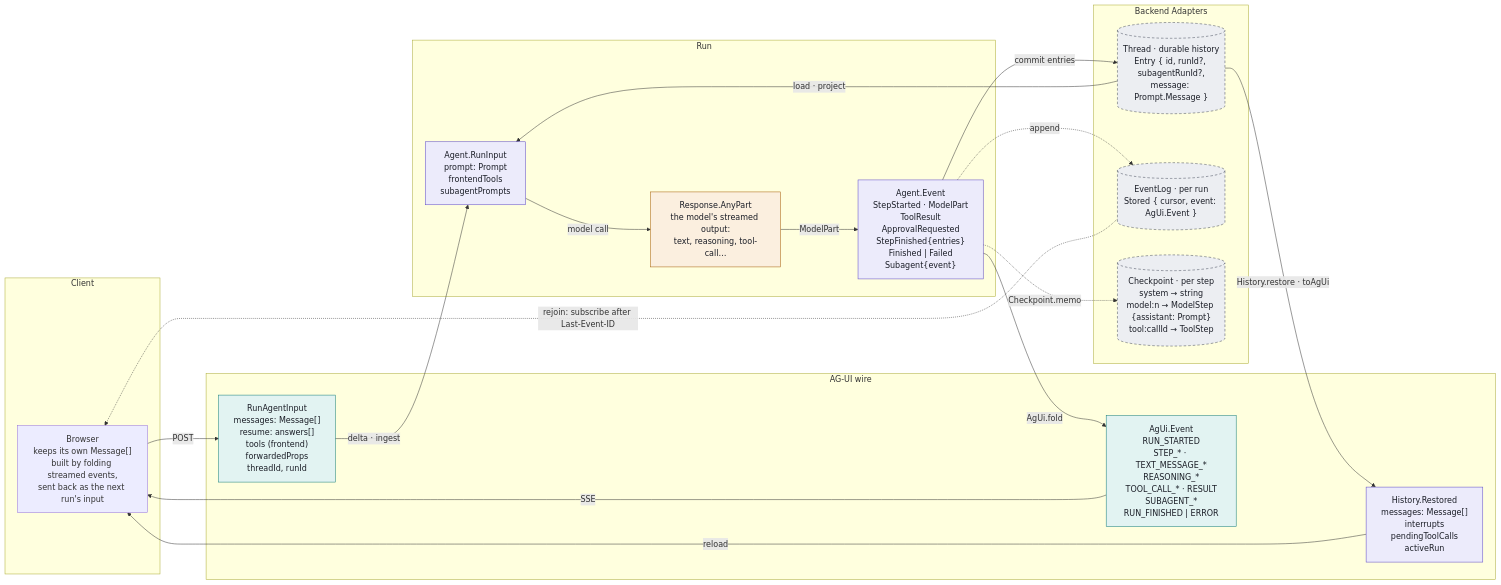
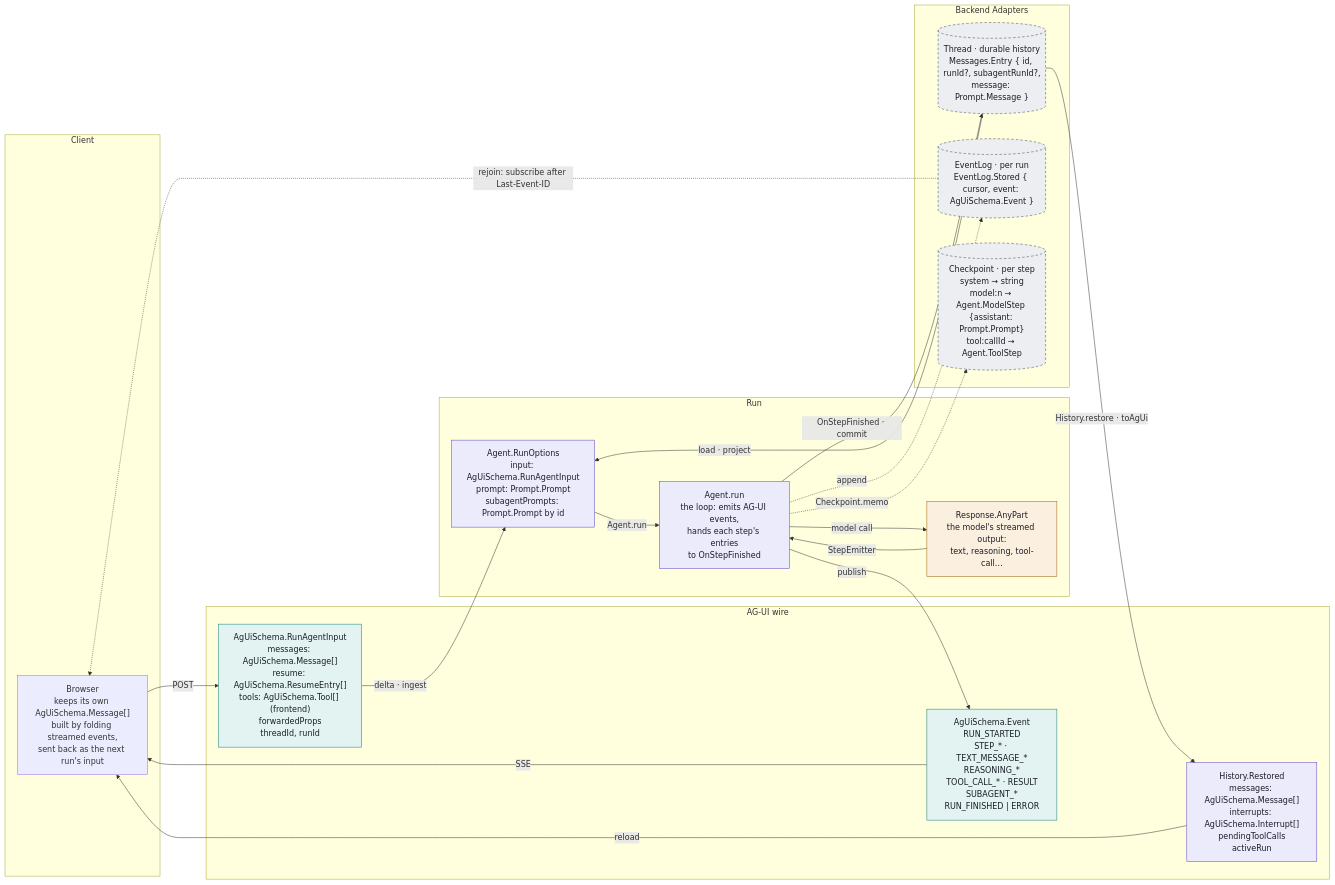
Before and after one commit to jasonblanchard/effect-agent-harness: the diagram in docs/architecture.md, drawn with Mermaid. The commit also changed other lines of this file and 68 other files, not shown here.

````diff
--- a/docs/architecture.md
+++ b/docs/architecture.md
@@ -20,44 +20,45 @@
 ```mermaid
 flowchart LR
   subgraph Client
-    B["Browser<br/>keeps its own Message[]<br/>built by folding streamed events,<br/>sent back as the next run's input"]
+    B["Browser<br/>keeps its own AgUiSchema.Message[]<br/>built by folding streamed events,<br/>sent back as the next run's input"]
   end
   subgraph Wire["AG-UI wire"]
-    RAI["RunAgentInput<br/>messages: Message[]<br/>resume: answers[]<br/>tools (frontend)<br/>forwardedProps<br/>threadId, runId"]
-    EV["AgUi.Event<br/>RUN_STARTED<br/>STEP_* · TEXT_MESSAGE_*<br/>REASONING_*<br/>TOOL_CALL_* · RESULT<br/>SUBAGENT_*<br/>RUN_FINISHED | ERROR"]
-    RES["History.Restored<br/>messages: Message[]<br/>interrupts<br/>pendingToolCalls<br/>activeRun"]
+    RAI["AgUiSchema.RunAgentInput<br/>messages: AgUiSchema.Message[]<br/>resume: AgUiSchema.ResumeEntry[]<br/>tools: AgUiSchema.Tool[] (frontend)<br/>forwardedProps<br/>threadId, runId"]
+    EV["AgUiSchema.Event<br/>RUN_STARTED<br/>STEP_* · TEXT_MESSAGE_*<br/>REASONING_*<br/>TOOL_CALL_* · RESULT<br/>SUBAGENT_*<br/>RUN_FINISHED | ERROR"]
+    RES["History.Restored<br/>messages: AgUiSchema.Message[]<br/>interrupts: AgUiSchema.Interrupt[]<br/>pendingToolCalls<br/>activeRun"]
   end
   subgraph Run
-    RI["Agent.RunInput<br/>prompt: Prompt<br/>frontendTools<br/>subagentPrompts"]
+    RI["Agent.RunOptions<br/>input: AgUiSchema.RunAgentInput<br/>prompt: Prompt.Prompt<br/>subagentPrompts: Prompt.Prompt by id"]
     RP["Response.AnyPart<br/>the model's streamed output:<br/>text, reasoning, tool-call…"]
-    AE["Agent.Event<br/>StepStarted · ModelPart<br/>ToolResult<br/>ApprovalRequested<br/>StepFinished{entries}<br/>Finished | Failed<br/>Subagent{event}"]
+    AE["Agent.run<br/>the loop: emits AG-UI events,<br/>hands each step's entries<br/>to OnStepFinished"]
   end
   subgraph Backend Adapters
-    TH[("Thread · durable history<br/>Entry { id, runId?, subagentRunId?,<br/>message: Prompt.Message }")]
-    EL[("EventLog · per run<br/>Stored { cursor, event: AgUi.Event }")]
-    CP[("Checkpoint · per step<br/>system → string<br/>model:n → ModelStep {assistant: Prompt}<br/>tool:callId → ToolStep")]
+    TH[("Thread · durable history<br/>Messages.Entry { id, runId?, subagentRunId?,<br/>message: Prompt.Message }")]
+    EL[("EventLog · per run<br/>EventLog.Stored { cursor, event: AgUiSchema.Event }")]
+    CP[("Checkpoint · per step<br/>system → string<br/>model:n → Agent.ModelStep {assistant: Prompt.Prompt}<br/>tool:callId → Agent.ToolStep")]
   end
 
   B -->|"POST"| RAI
   RAI -->|"delta · ingest"| RI
   TH -->|"load · project"| RI
-  RI -->|"model call"| RP
-  RP -->|"ModelPart"| AE
-  AE -->|"AgUi.fold"| EV
+  RI -->|"Agent.run"| AE
+  AE -->|"model call"| RP
+  RP -->|"StepEmitter"| AE
+  AE -->|"publish"| EV
   EV -->|"SSE"| B
-  AE -->|"commit entries"| TH
+  AE -->|"OnStepFinished · commit"| TH
   AE -.->|"append"| EL
   AE -.->|"Checkpoint.memo"| CP
   TH -->|"History.restore · toAgUi"| RES
   RES -->|"reload"| B
   EL -.->|"rejoin: subscribe after Last-Event-ID"| B
 
   classDef wire fill:#e2f3f2,stroke:#0f7a78,color:#1b1e27
   classDef model fill:#fbefdf,stroke:#a35a00,color:#1b1e27
   classDef own fill:#ecebfb,stroke:#5a45c4,color:#1b1e27
   classDef store fill:#eceef2,stroke:#3d4454,stroke-dasharray:5 4,color:#1b1e27
   class RAI,EV wire
   class RP model
   class RES,RI,AE own
   class TH,EL,CP store
 ```
````
